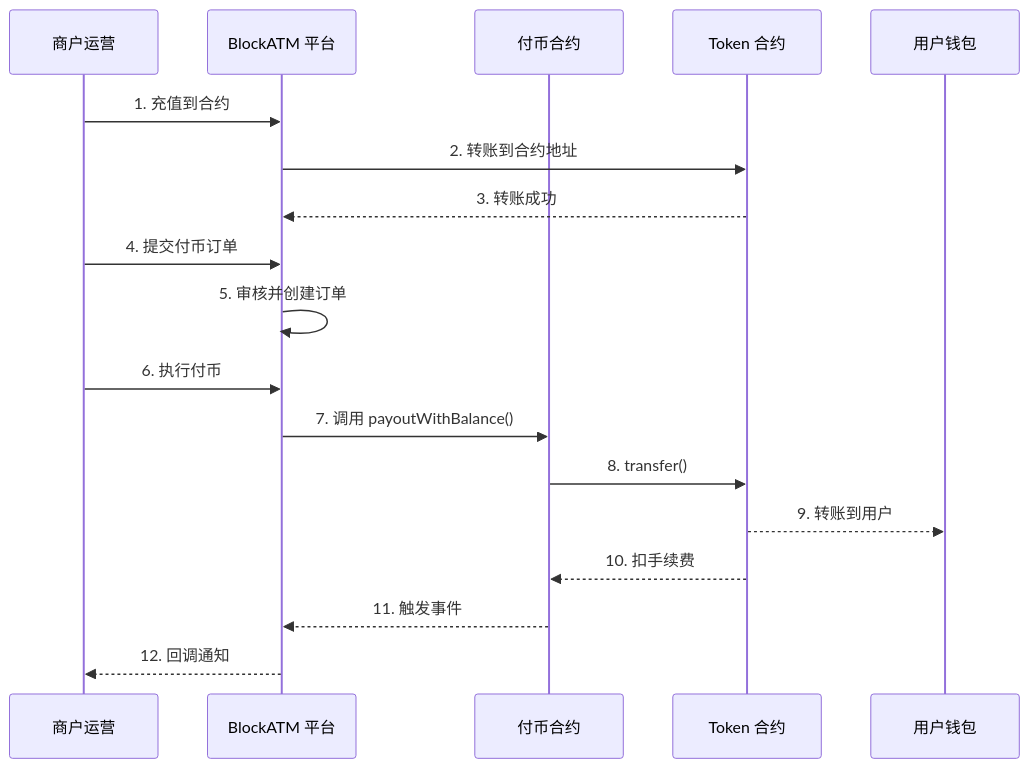
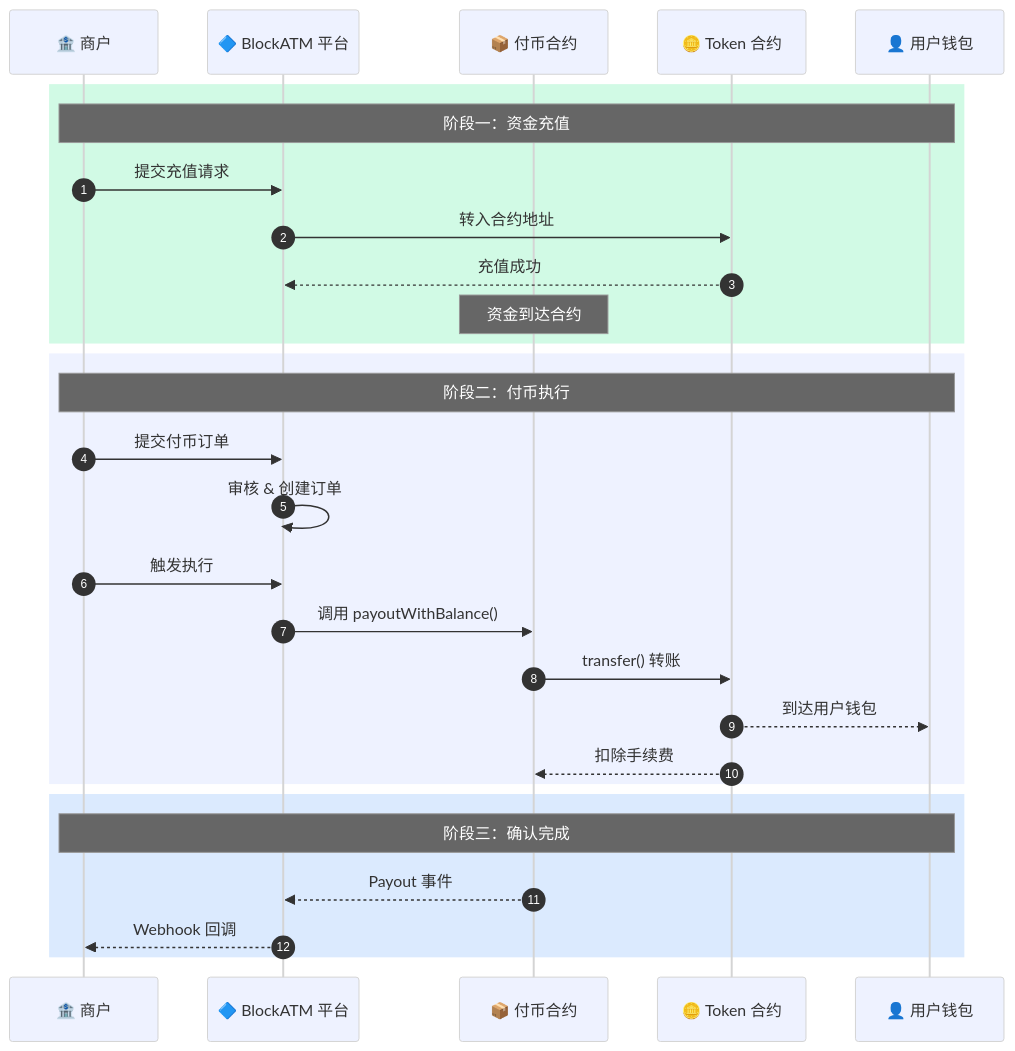
The second of 4 diagrams in products/batch-payout/how-it-works.md (BlockATMOnLine/docs), drawn with Mermaid before and after one commit. The commit also changed other lines of this file and 6 other files, not shown here.

First line of the commit message:
docs: upgrade mermaid diagrams with professional styling

````diff
--- a/products/batch-payout/how-it-works.md
+++ b/products/batch-payout/how-it-works.md
@@ -21,24 +32,44 @@
 ```mermaid
+%%{
+  init: {
+    'theme': 'neutral',
+    'themeVariables': {
+      'primaryColor': '#6366F1',
+      'actorBkg': '#EEF2FF'
+    }
+  }
+}%%
 sequenceDiagram
-    participant Merchant as 商户运营
-    participant Platform as BlockATM 平台
-    participant Contract as 付币合约
-    participant Token as Token 合约
-    participant User as 用户钱包
-    
-    Merchant->>Platform: 1. 充值到合约
-    Platform->>Token: 2. 转账到合约地址
-    Token-->>Platform: 3. 转账成功
-    
-    Merchant->>Platform: 4. 提交付币订单
-    Platform->>Platform: 5. 审核并创建订单
-    
-    Merchant->>Platform: 6. 执行付币
-    Platform->>Contract: 7. 调用 payoutWithBalance()
-    Contract->>Token: 8. transfer()
-    Token-->>User: 9. 转账到用户
-    Token-->>Contract: 10. 扣手续费
-    
-    Contract-->>Platform: 11. 触发事件
-    Platform-->>Merchant: 12. 回调通知
+    autonumber
+
+    participant M as 🏦 商户
+    participant P as 🔷 BlockATM 平台
+    participant C as 📦 付币合约
+    participant T as 🪙 Token 合约
+    participant U as 👤 用户钱包
+
+    rect rgb(209, 250, 229)
+        Note over M,U: 阶段一：资金充值
+        M->>P: 提交充值请求
+        P->>T: 转入合约地址
+        T-->>P: 充值成功
+        Note over C: 资金到达合约
+    end
+
+    rect rgb(238, 242, 255)
+        Note over M,U: 阶段二：付币执行
+        M->>P: 提交付币订单
+        P->>P: 审核 & 创建订单
+        M->>P: 触发执行
+        P->>C: 调用 payoutWithBalance()
+        C->>T: transfer() 转账
+        T-->>U: 到达用户钱包
+        T-->>C: 扣除手续费
+    end
+
+    rect rgb(219, 234, 254)
+        Note over M,U: 阶段三：确认完成
+        C-->>P: Payout 事件
+        P-->>M: Webhook 回调
+    end
 ```
````
